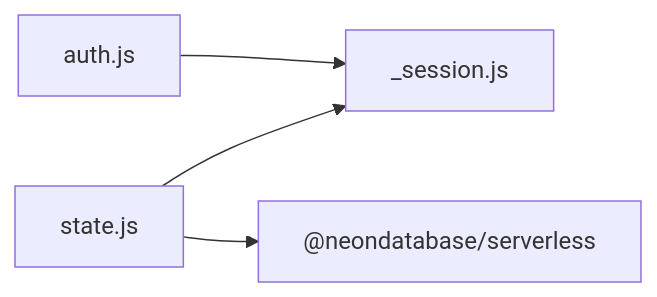
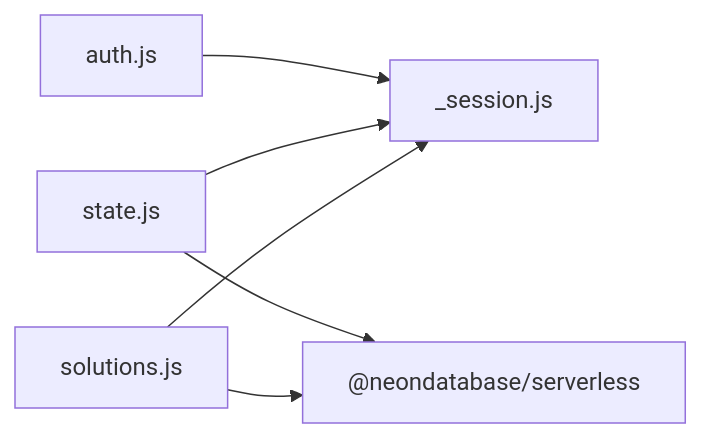
One commit to iamrituraj/DSA-Tracker changed the third of 3 diagrams in .qoder/repowiki/en/content/Backend Services/Backend Services.md. Above: the diagram before and after it, drawn with Mermaid. The commit also changed other lines of this file and 29 other files, not shown here.

````diff
--- a/.qoder/repowiki/en/content/Backend Services/Backend Services.md
+++ b/.qoder/repowiki/en/content/Backend Services/Backend Services.md
@@ -218,6 +294,8 @@
 ```mermaid
 graph LR
 Auth["auth.js"] --> Session["_session.js"]
 State["state.js"] --> Session
 State --> Neon["@neondatabase/serverless"]
+Solutions["solutions.js"] --> Session
+Solutions --> Neon
 ```
````
